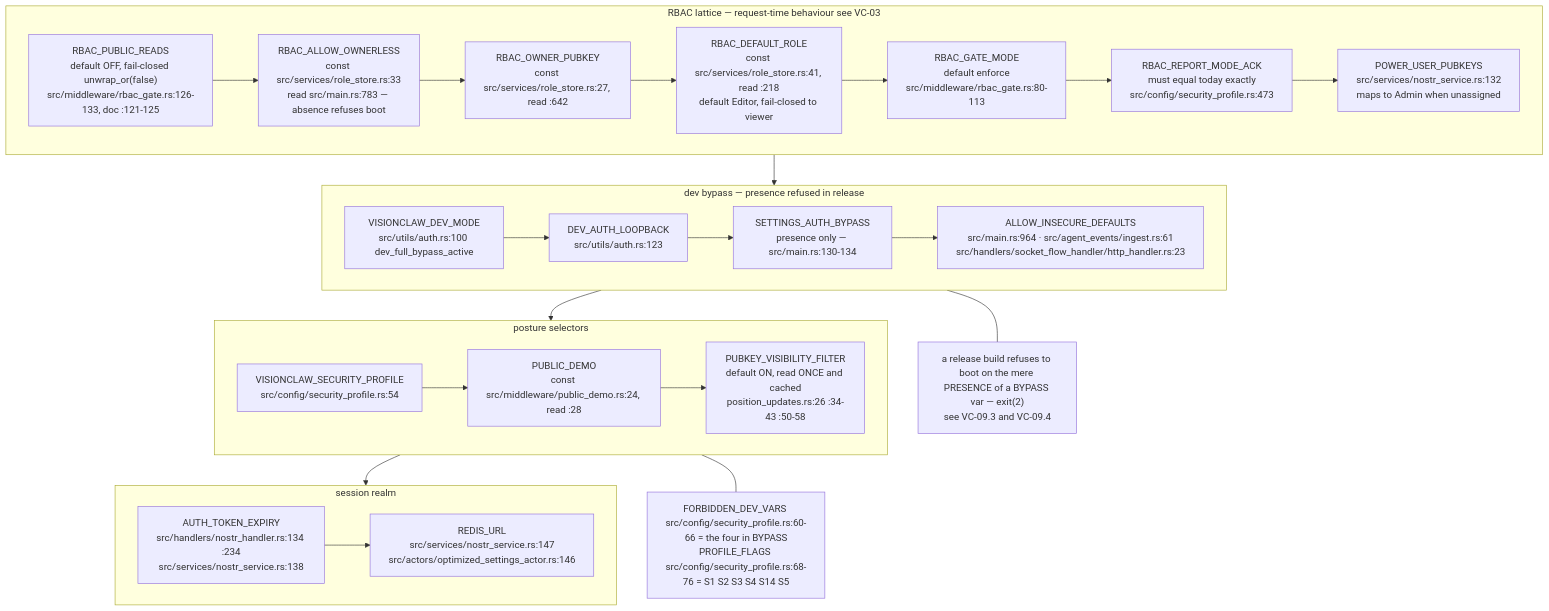
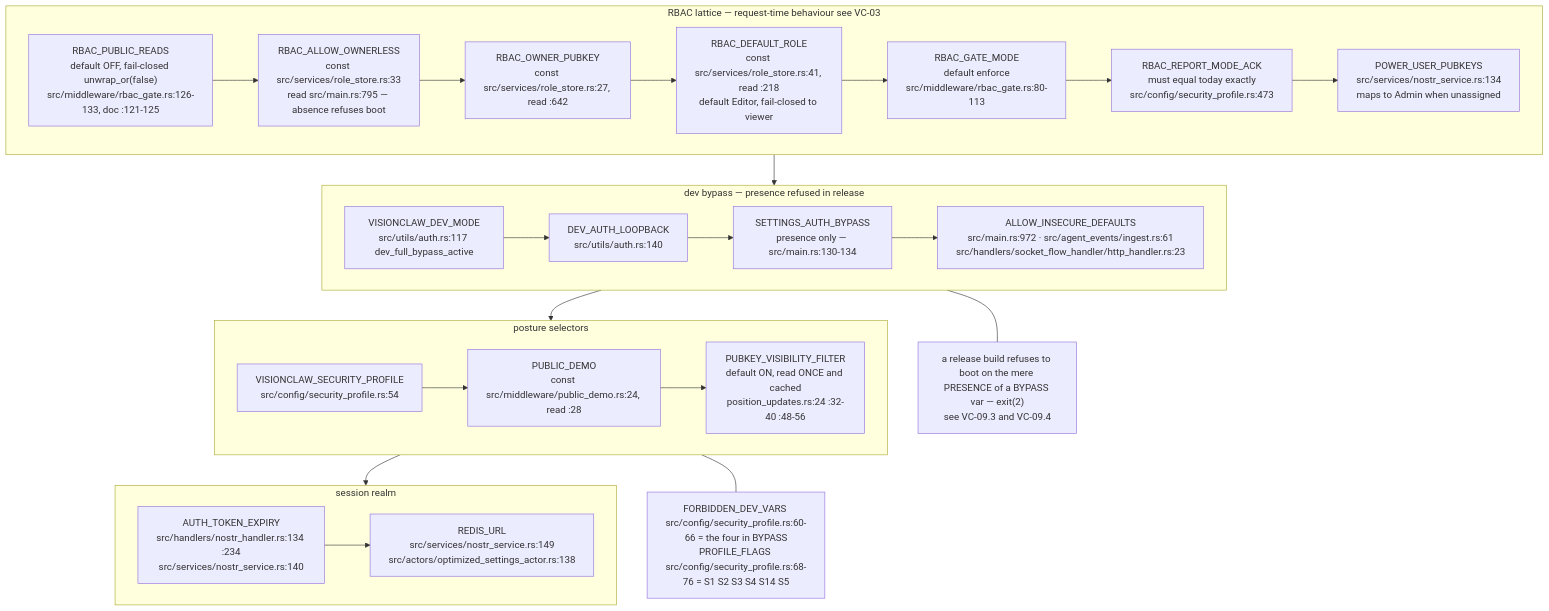
The ninth of 15 diagrams in docs/diagrams/visionclaw/09-config-and-env-flags.md (DreamLab-AI/VisionFlow), drawn with Mermaid before and after one commit. The commit also changed other lines of this file and 8 other files, not shown here.

Commit message:
docs(diagrams): multi-MCP discovery is real; re-stamp visionclaw 01/03/05/09/27 and estate/02

````diff
--- a/docs/diagrams/visionclaw/09-config-and-env-flags.md
+++ b/docs/diagrams/visionclaw/09-config-and-env-flags.md
@@ -409,20 +409,20 @@
 ```mermaid
 flowchart TB
     subgraph RBAC["RBAC lattice — request-time behaviour see VC-03"]
-        S1["RBAC_PUBLIC_READS<br/>default OFF, fail-closed unwrap_or(false)<br/>src/middleware/rbac_gate.rs:126-133, doc :121-125"] --> S2["RBAC_ALLOW_OWNERLESS<br/>const src/services/role_store.rs:33<br/>read src/main.rs:783 — absence refuses boot"] --> S3["RBAC_OWNER_PUBKEY<br/>const src/services/role_store.rs:27, read :642"] --> S4["RBAC_DEFAULT_ROLE<br/>const src/services/role_store.rs:41, read :218<br/>default Editor, fail-closed to viewer"] --> S5["RBAC_GATE_MODE<br/>default enforce<br/>src/middleware/rbac_gate.rs:80-113"] --> S6["RBAC_REPORT_MODE_ACK<br/>must equal today exactly<br/>src/config/security_profile.rs:473"] --> S7["POWER_USER_PUBKEYS<br/>src/services/nostr_service.rs:132<br/>maps to Admin when unassigned"]
+        S1["RBAC_PUBLIC_READS<br/>default OFF, fail-closed unwrap_or(false)<br/>src/middleware/rbac_gate.rs:126-133, doc :121-125"] --> S2["RBAC_ALLOW_OWNERLESS<br/>const src/services/role_store.rs:33<br/>read src/main.rs:795 — absence refuses boot"] --> S3["RBAC_OWNER_PUBKEY<br/>const src/services/role_store.rs:27, read :642"] --> S4["RBAC_DEFAULT_ROLE<br/>const src/services/role_store.rs:41, read :218<br/>default Editor, fail-closed to viewer"] --> S5["RBAC_GATE_MODE<br/>default enforce<br/>src/middleware/rbac_gate.rs:80-113"] --> S6["RBAC_REPORT_MODE_ACK<br/>must equal today exactly<br/>src/config/security_profile.rs:473"] --> S7["POWER_USER_PUBKEYS<br/>src/services/nostr_service.rs:134<br/>maps to Admin when unassigned"]
     end
     subgraph BYPASS["dev bypass — presence refused in release"]
-        S8["VISIONCLAW_DEV_MODE<br/>src/utils/auth.rs:100 dev_full_bypass_active"] --> S9["DEV_AUTH_LOOPBACK<br/>src/utils/auth.rs:123"] --> S10["SETTINGS_AUTH_BYPASS<br/>presence only — src/main.rs:130-134"] --> S11["ALLOW_INSECURE_DEFAULTS<br/>src/main.rs:964 · src/agent_events/ingest.rs:61<br/>src/handlers/socket_flow_handler/http_handler.rs:23"]
+        S8["VISIONCLAW_DEV_MODE<br/>src/utils/auth.rs:117 dev_full_bypass_active"] --> S9["DEV_AUTH_LOOPBACK<br/>src/utils/auth.rs:140"] --> S10["SETTINGS_AUTH_BYPASS<br/>presence only — src/main.rs:130-134"] --> S11["ALLOW_INSECURE_DEFAULTS<br/>src/main.rs:972 · src/agent_events/ingest.rs:61<br/>src/handlers/socket_flow_handler/http_handler.rs:23"]
     end
     subgraph POSTURE["posture selectors"]
-        S12["VISIONCLAW_SECURITY_PROFILE<br/>src/config/security_profile.rs:54"] --> S13["PUBLIC_DEMO<br/>const src/middleware/public_demo.rs:24, read :28"] --> S14["PUBKEY_VISIBILITY_FILTER<br/>default ON, read ONCE and cached<br/>position_updates.rs:26 :34-43 :50-58"]
+        S12["VISIONCLAW_SECURITY_PROFILE<br/>src/config/security_profile.rs:54"] --> S13["PUBLIC_DEMO<br/>const src/middleware/public_demo.rs:24, read :28"] --> S14["PUBKEY_VISIBILITY_FILTER<br/>default ON, read ONCE and cached<br/>position_updates.rs:24 :32-40 :48-56"]
     end
     subgraph SESS["session realm"]
-        S15["AUTH_TOKEN_EXPIRY<br/>src/handlers/nostr_handler.rs:134 :234<br/>src/services/nostr_service.rs:138"] --> S16["REDIS_URL<br/>src/services/nostr_service.rs:147<br/>src/actors/optimized_settings_actor.rs:146"]
+        S15["AUTH_TOKEN_EXPIRY<br/>src/handlers/nostr_handler.rs:134 :234<br/>src/services/nostr_service.rs:140"] --> S16["REDIS_URL<br/>src/services/nostr_service.rs:149<br/>src/actors/optimized_settings_actor.rs:138"]
     end
     RBAC --> BYPASS --> POSTURE --> SESS
     N2["FORBIDDEN_DEV_VARS src/config/security_profile.rs:60-66 = the four in BYPASS<br/>PROFILE_FLAGS src/config/security_profile.rs:68-76 = S1 S2 S3 S4 S14 S5"]
     POSTURE --- N2
     N3["a release build refuses to boot on the mere PRESENCE of a BYPASS var — exit(2)<br/>see VC-09.3 and VC-09.4"]
     BYPASS --- N3
 ```
````
